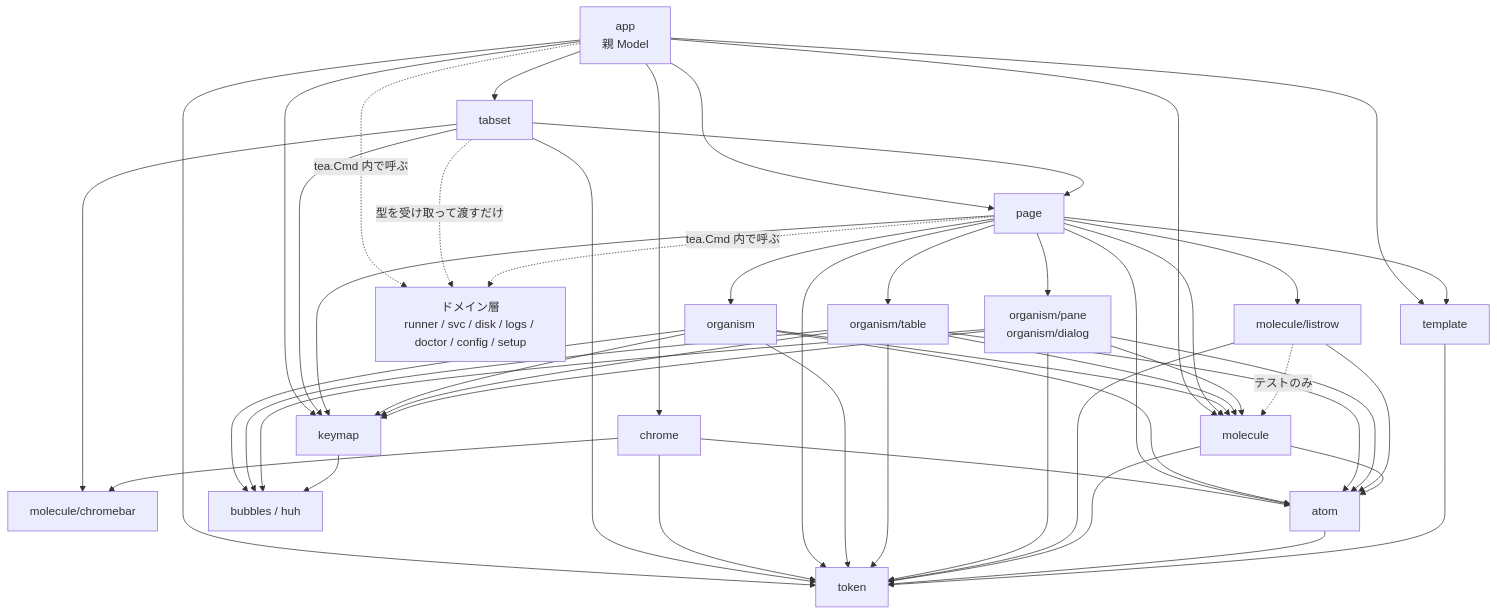
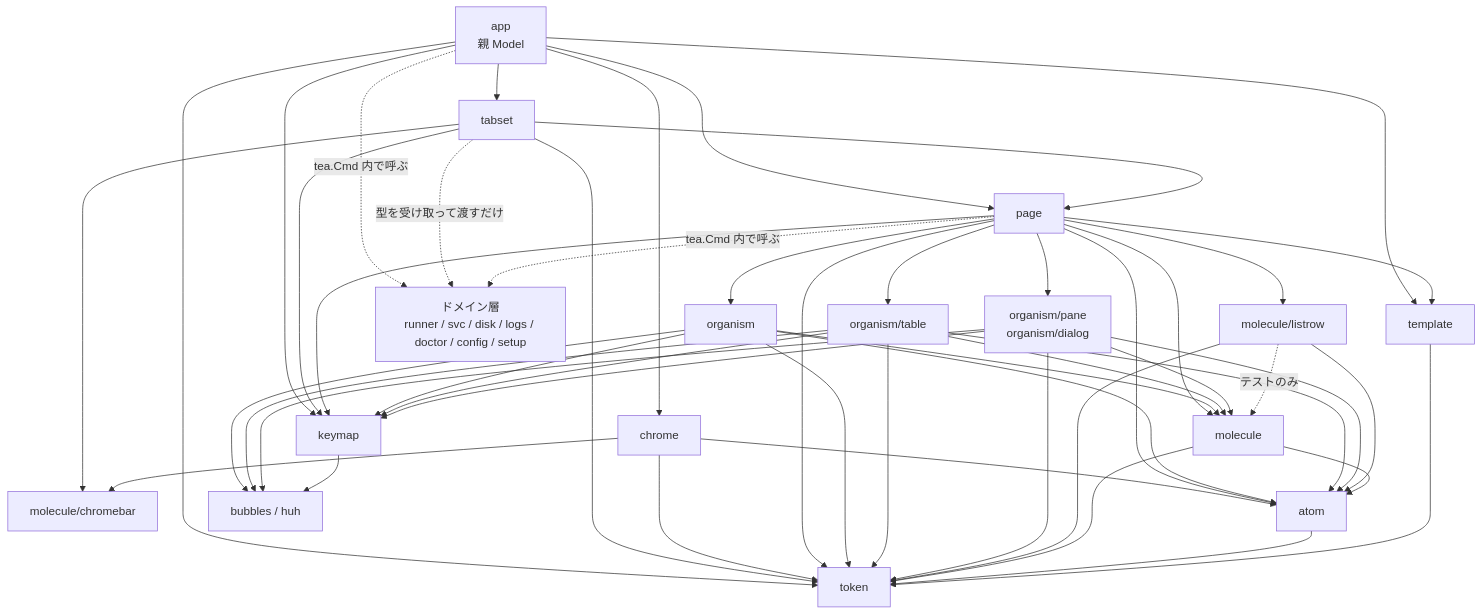
The second of 2 diagrams in docs/ui/atomic-design.md (ousiassllc/gsr-helper), drawn with Mermaid before and after one commit. The commit also changed other lines of this file and 9 other files, not shown here.

````diff
--- a/docs/ui/atomic-design.md
+++ b/docs/ui/atomic-design.md
@@ -111,70 +119,69 @@
 ```mermaid
 graph TD
     App[app<br/>親 Model]
     Tabs[tabset]
     Chrome[chrome]
     Page[page]
     Tmpl[template]
     Org[organism]
     OrgT[organism/table]
     OrgP[organism/pane<br/>organism/dialog]
     Mol[molecule]
     Row[molecule/listrow]
     CBar[molecule/chromebar]
     Atom[atom]
     Tok[token]
     Key[keymap]
 
     Domain[ドメイン層<br/>runner / svc / disk / logs / doctor / config / setup]
     Bub[bubbles / huh]
 
     App --> Tabs
     App --> Chrome
     App --> Page
     App --> Tmpl
     App --> Key
-    App --> Mol
     App --> Tok
     App -.->|tea.Cmd 内で呼ぶ| Domain
     Tabs --> Page
     Tabs --> CBar
     Tabs --> Key
     Tabs --> Tok
     Tabs -.->|型を受け取って渡すだけ| Domain
     Chrome --> CBar
     Chrome --> Atom
     Chrome --> Tok
     Page --> Tmpl
     Page --> Org
     Page --> OrgT
     Page --> OrgP
     Page --> Row
     Page --> Mol
     Page --> Key
     Page --> Atom
     Page --> Tok
     Page -.->|tea.Cmd 内で呼ぶ| Domain
     Org --> Mol
     Org --> Atom
     Org --> Bub
     Org --> Key
     Org --> Tok
     OrgT --> Mol
     OrgT --> Atom
     OrgT --> Bub
     OrgT --> Key
     OrgT --> Tok
     OrgP --> Bub
     OrgP --> Key
     OrgP --> Tok
     OrgP --> Mol
     OrgP --> Atom
     Row --> Atom
     Row --> Tok
     Row -.->|テストのみ| Mol
     Mol --> Atom
     Mol --> Tok
     Atom --> Tok
     Tmpl --> Tok
     Key --> Bub
 ```
````
